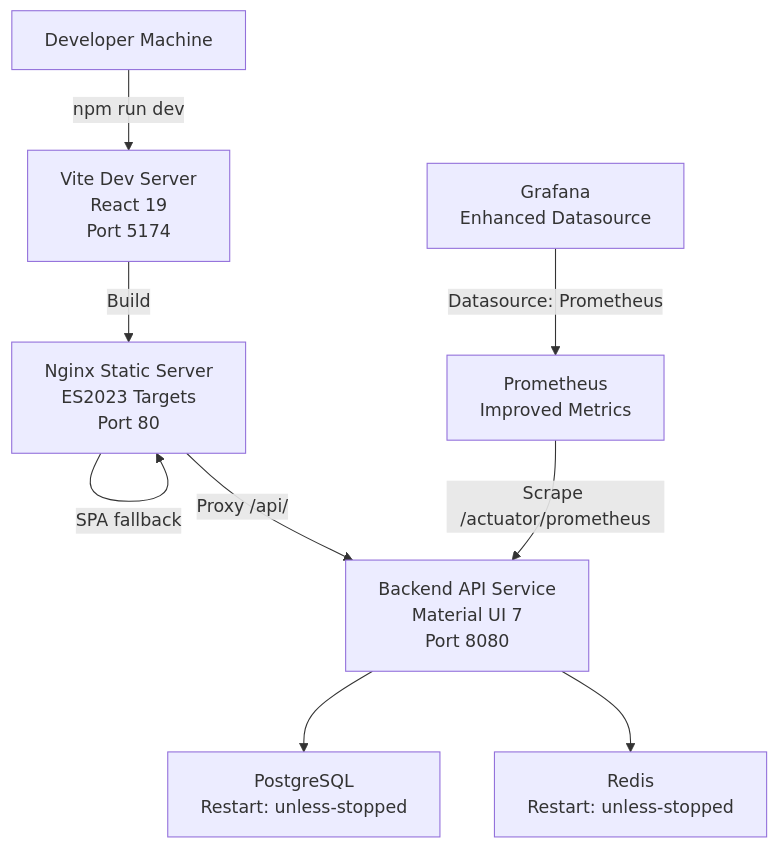
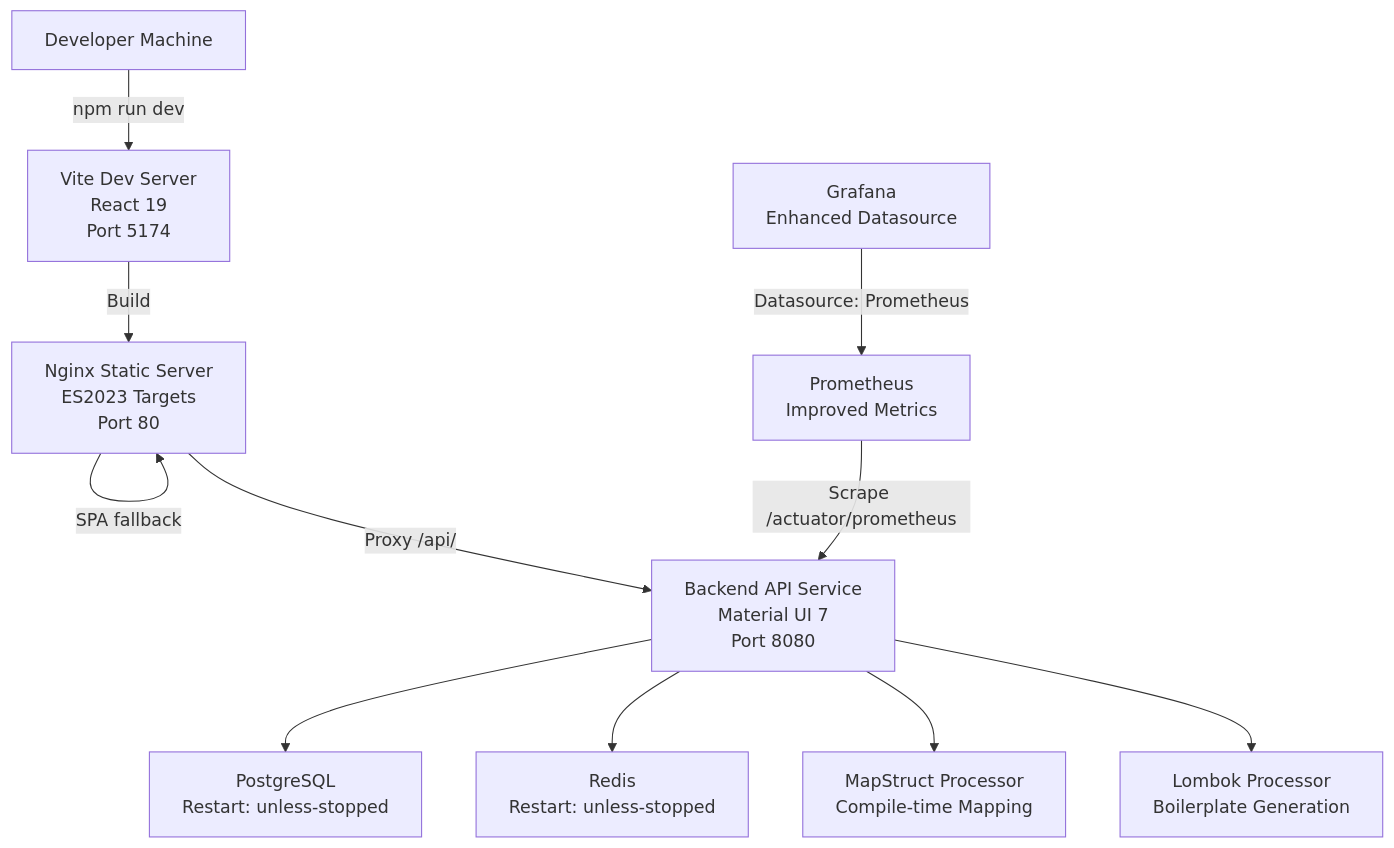
The second of 3 diagrams in .qoder/repowiki/en/content/Frontend Application/Build and Deployment.md (Vostrikov2014/vks-qoder), drawn with Mermaid before and after one commit. The commit also changed other lines of this file and 15 other files, not shown here.

````diff
--- a/.qoder/repowiki/en/content/Frontend Application/Build and Deployment.md
+++ b/.qoder/repowiki/en/content/Frontend Application/Build and Deployment.md
@@ -129,19 +161,23 @@
 ```mermaid
 graph TB
 Dev["Developer Machine"]
 ViteDev["Vite Dev Server<br/>React 19<br/>Port 5174"]
 Nginx["Nginx Static Server<br/>ES2023 Targets<br/>Port 80"]
 API["Backend API Service<br/>Material UI 7<br/>Port 8080"]
 Postgres["PostgreSQL<br/>Restart: unless-stopped"]
 Redis["Redis<br/>Restart: unless-stopped"]
 Prom["Prometheus<br/>Improved Metrics"]
 Graf["Grafana<br/>Enhanced Datasource"]
+MapStruct["MapStruct Processor<br/>Compile-time Mapping"]
+Lombok["Lombok Processor<br/>Boilerplate Generation"]
 Dev --> |"npm run dev"| ViteDev
 ViteDev --> |"Build"| Nginx
 Nginx --> |"SPA fallback"| Nginx
 Nginx --> |"Proxy /api/"| API
 API --> Postgres
 API --> Redis
+API --> MapStruct
+API --> Lombok
 Prom --> |"Scrape /actuator/prometheus"| API
 Graf --> |"Datasource: Prometheus"| Prom
 ```
````
